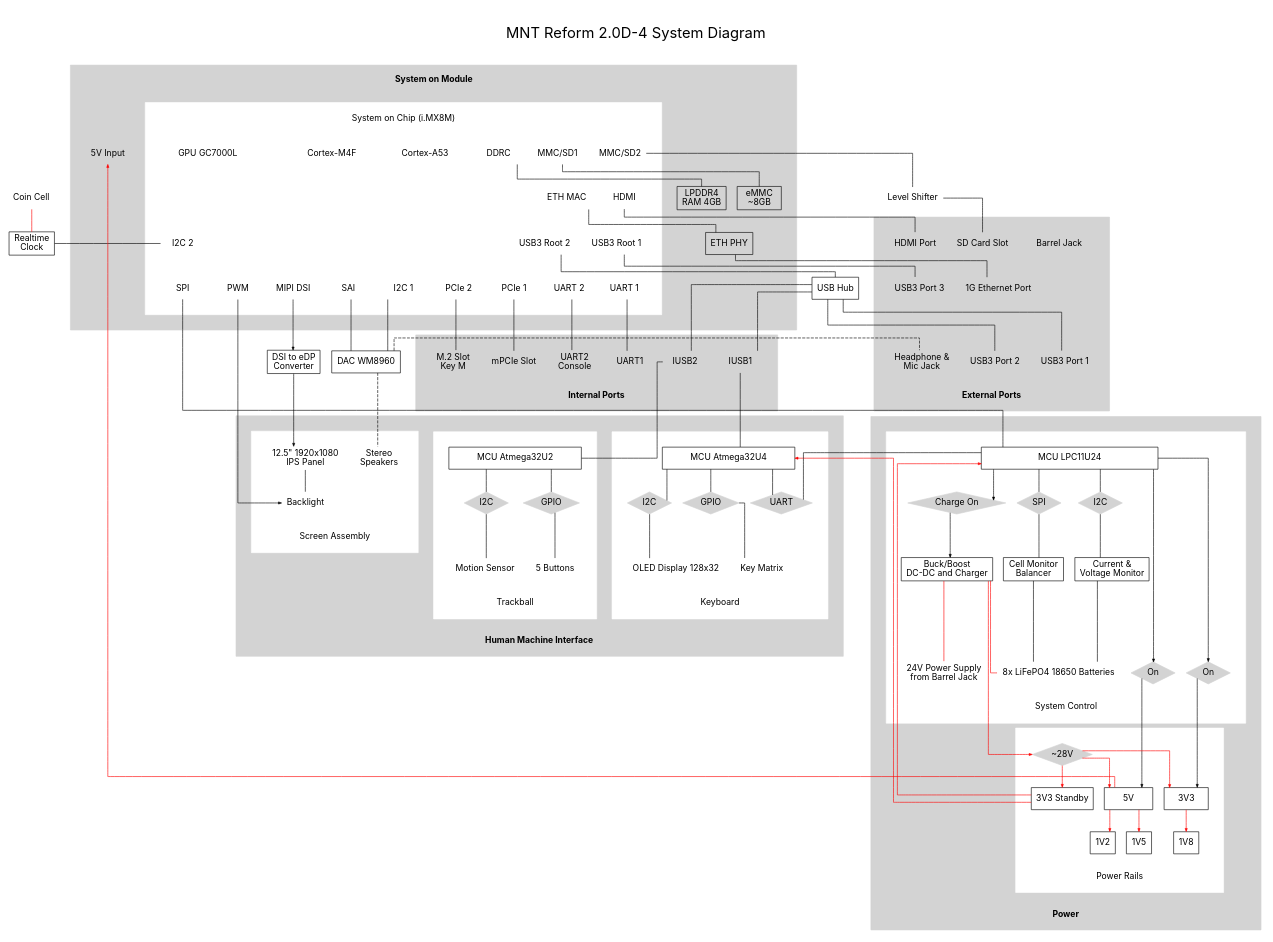
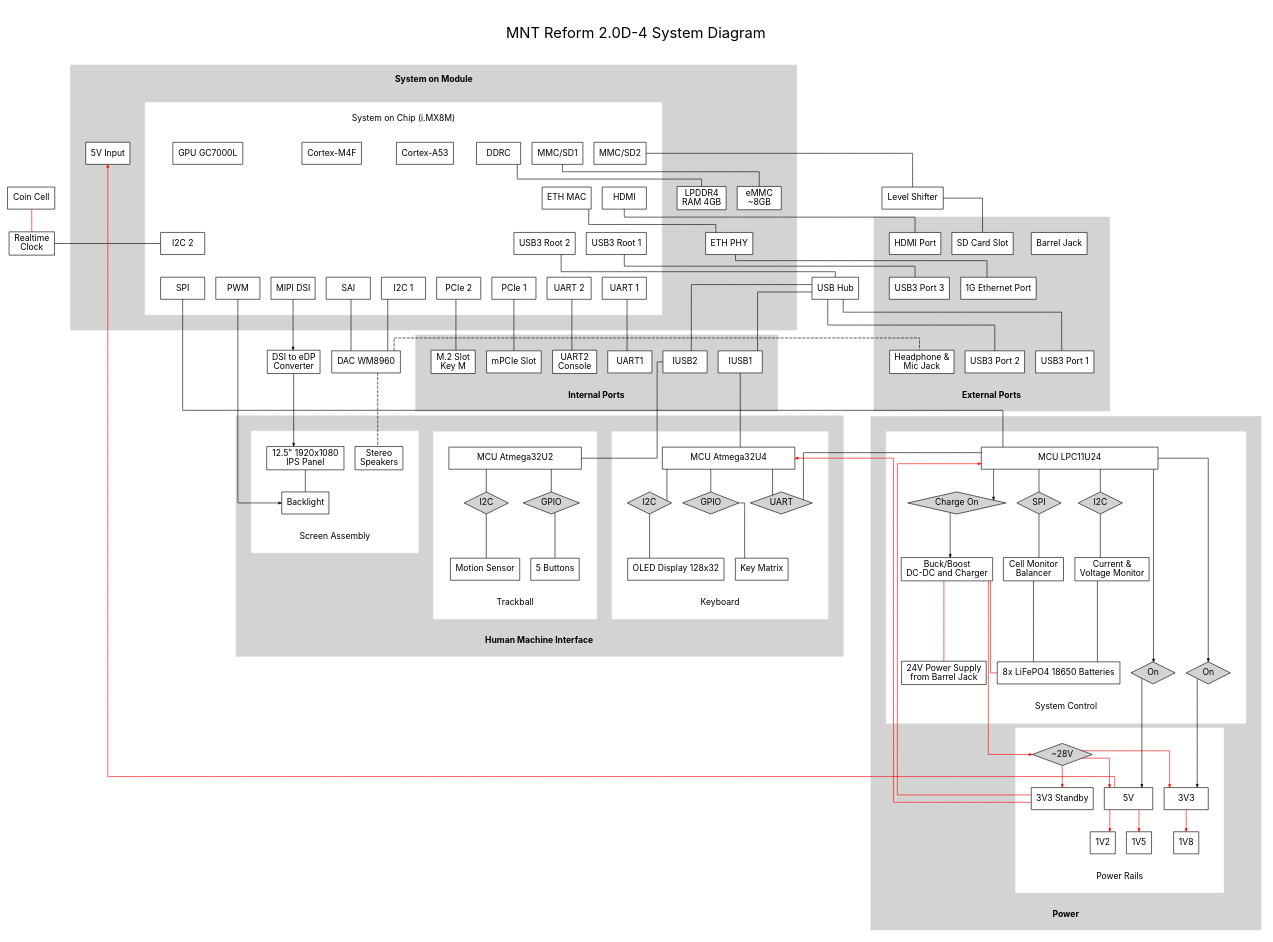
One commit to milestogo/reform changed the diagram in reform2-handbook/system-diagram.dot. Above: the diagram before and after it, drawn with Graphviz.

Commit message:
handbook: changed style of diagram nodes so that all boxes are filled and clickable

```diff
--- a/reform2-handbook/system-diagram.dot
+++ b/reform2-handbook/system-diagram.dot
@@ -3,14 +3,14 @@
   overlap=false;
   splines=ortho;
 
-  node [shape=box color=transparent fontname="Inter" width=1 target="_top"];
+  node [shape=box fillcolor=white style=filled fontname="Inter" width=1 target="_top"];
   edge [arrowsize="0.5"];
   rankdir=TB; 
   fontname="Inter";
   label=<<font point-size='24'> <br/>MNT Reform 2.0D-4 System Diagram<br/> </font>>;
   labelloc="t";
 
-  rtc  [label="Realtime\nClock" color=black href="system.html#rtc"];
+  rtc  [label="Realtime\nClock" href="system.html#rtc"];
   rtcbat  [label="Coin Cell" href="system.html#rtc"];
    
   subgraph cluster_som {
@@ -61,18 +61,18 @@
       spi1 [label="SPI" href="system.html#spi"];
     }
 
-    ram [label="LPDDR4\nRAM 4GB" color=black href="system.html#ddrc"];
-    emmc [label="eMMC\n~8GB" color=black href="system.html#mmc"];
+    ram [label="LPDDR4\nRAM 4GB" href="system.html#ddrc"];
+    emmc [label="eMMC\n~8GB" href="system.html#mmc"];
     
-    ethphy  [label="ETH PHY" color=black href="system.html#eth-phy"];
+    ethphy  [label="ETH PHY" href="system.html#eth-phy"];
     
     s5v  [label="5V Input"];
   }
   
-  hub  [label="USB Hub" color=black href="system.html#usb-hub"];
+  hub  [label="USB Hub" href="system.html#usb-hub"];
   
-  adac  [label="DAC WM8960" color=black href="system.html#dac"];
-  dsi2edp  [label="DSI to eDP\nConverter" color=black href="system.html#dsi2edp"];
+  adac  [label="DAC WM8960" href="system.html#dac"];
+  dsi2edp  [label="DSI to eDP\nConverter" href="system.html#dsi2edp"];
 
   subgraph cluster_headers {
     fontname="Inter"
@@ -108,22 +108,22 @@
       style=filled;
       margin="25.0";
       
-      lpc  [label="MCU LPC11U24" color=black width=4 href="system.html#lpc"];
-      ina  [label="Current &\nVoltage Monitor" color=black href="system.html#ina"];
+      lpc  [label="MCU LPC11U24" width=4 href="system.html#lpc"];
+      ina  [label="Current &\nVoltage Monitor" href="system.html#ina"];
       
-      ltc  [label="Buck/Boost\nDC-DC and Charger" color=black href="system.html#ltc4020"];
+      ltc  [label="Buck/Boost\nDC-DC and Charger" href="system.html#ltc4020"];
 
-      mon  [label="Cell Monitor\nBalancer" color=black href="system.html#balancer"];
+      mon  [label="Cell Monitor\nBalancer" href="system.html#balancer"];
       
-      lspi  [label="SPI" shape=diamond style=filled color=lightgrey href="system.html#spi"];
-      li2c  [label="I2C" shape=diamond style=filled color=lightgrey href="system.html#i2c"];
+      lspi  [label="SPI" shape=diamond fillcolor=lightgrey href="system.html#spi"];
+      li2c  [label="I2C" shape=diamond fillcolor=lightgrey href="system.html#i2c"];
     
       cells [label="8x LiFePO4 18650 Batteries" shape=rectangle href="system.html#cells"];
       supply [label="24V Power Supply\nfrom Barrel Jack" shape=rectangle href="system.html#barreljack"];
     
-      enabchg [label="Charge On" shape=diamond style=filled color=lightgrey];
-      enab5v [label="On" shape=diamond style=filled color=lightgrey];
-      enab3v3 [label="On" shape=diamond style=filled color=lightgrey];
+      enabchg [label="Charge On" shape=diamond fillcolor=lightgrey];
+      enab5v [label="On" shape=diamond fillcolor=lightgrey];
+      enab3v3 [label="On" shape=diamond fillcolor=lightgrey];
     }
 
     subgraph cluster_power_rails {
@@ -133,14 +133,14 @@
       style=filled;
       margin="25.0";
       
-      r28v  [label="~28V" shape=diamond style=filled color=lightgrey];
-      stby [label="3V3 Standby" color=black href="system.html#standby"];
-      r5v  [label="5V" width=1.1 color=black href="system.html#r5v"];
-      r3v3 [label="3V3" color=black href="system.html#r3v3"];
+      r28v  [label="~28V" shape=diamond fillcolor=lightgrey];
+      stby [label="3V3 Standby" href="system.html#standby"];
+      r5v  [label="5V" width=1.1 href="system.html#r5v"];
+      r3v3 [label="3V3" href="system.html#r3v3"];
       
-      r1v2 [label="1V2" width=0.5 color=black href="system.html#r1v2"];
-      r1v5 [label="1V5" width=0.5 color=black href="system.html#r1v5"];
-      r1v8 [label="1V8" width=0.5 color=black href="system.html#r1v8"];
+      r1v2 [label="1V2" width=0.5 href="system.html#r1v2"];
+      r1v5 [label="1V5" width=0.5 href="system.html#r1v5"];
+      r1v8 [label="1V8" width=0.5 href="system.html#r1v8"];
     }
   }
 
@@ -196,11 +196,11 @@
       label="Trackball\n ";
       margin="25.0";
       
-      tmcu  [label="MCU Atmega32U2" color=black width=3 href="system.html#tbctrl"];
+      tmcu  [label="MCU Atmega32U2" width=3 href="system.html#tbctrl"];
       tsens  [label="Motion Sensor" href="system.html#tbsensor"];
       
-      ti2c  [label="I2C" shape=diamond style=filled color=lightgrey href="system.html#i2c"];
-      tgpio  [label="GPIO" shape=diamond style=filled color=lightgrey];
+      ti2c  [label="I2C" shape=diamond fillcolor=lightgrey href="system.html#i2c"];
+      tgpio  [label="GPIO" shape=diamond fillcolor=lightgrey];
       
       tkeys  [label="5 Buttons" href="system.html#kbkeys"];
     }
@@ -212,13 +212,13 @@
       label="Keyboard\n ";
       margin="25.0";
       
-      kmcu  [label="MCU Atmega32U4" color=black width=3 href="system.html#kbctrl"];
+      kmcu  [label="MCU Atmega32U4" width=3 href="system.html#kbctrl"];
 
       oled [label="OLED Display 128x32" href="system.html#oled"];
       
-      ki2c  [label="I2C" shape=diamond style=filled color=lightgrey href="system.html#i2c"];
-      kuart  [label="UART" shape=diamond style=filled color=lightgrey  href="system.html#kbctrl"];
-      kgpio  [label="GPIO" shape=diamond style=filled color=lightgrey];
+      ki2c  [label="I2C" shape=diamond fillcolor=lightgrey href="system.html#i2c"];
+      kuart  [label="UART" shape=diamond fillcolor=lightgrey  href="system.html#kbctrl"];
+      kgpio  [label="GPIO" shape=diamond fillcolor=lightgrey];
       kkeys  [label="Key Matrix" href="system.html#kbkeys"];
     }
   }
```
